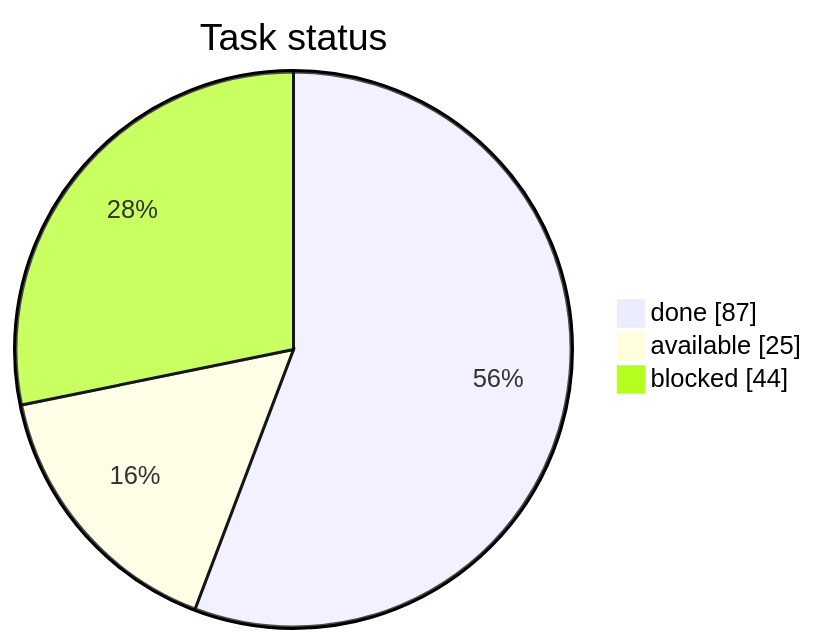
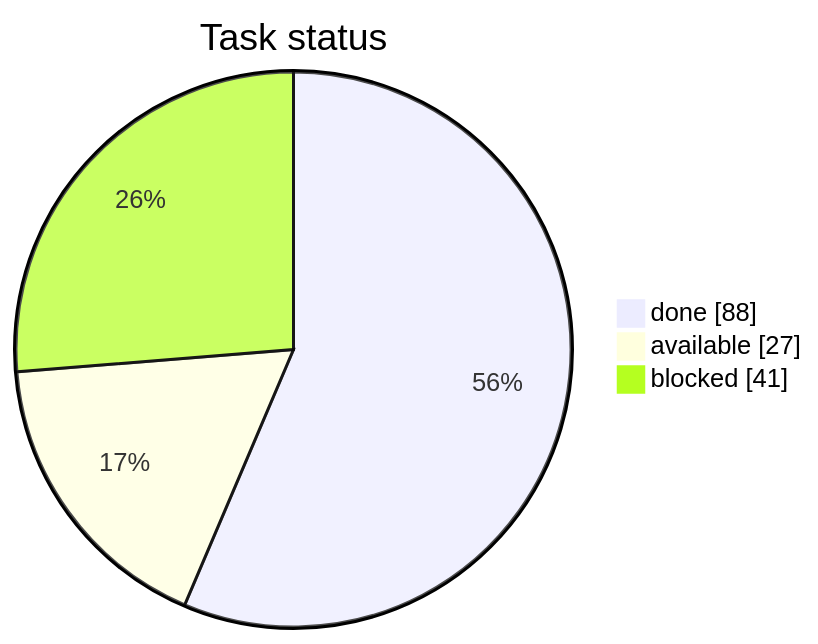
The first of 3 diagrams in STATUS.md (artemiiShabanov/RallyRivals), drawn with Mermaid before and after one commit. The commit also changed other lines of this file and 2 other files, not shown here.

````diff
--- a/STATUS.md
+++ b/STATUS.md
@@ -7,7 +7,7 @@
 ```mermaid
 pie showData
     title Task status
-    "done" : 87
-    "available" : 25
-    "blocked" : 44
+    "done" : 88
+    "available" : 27
+    "blocked" : 41
 ```
````
